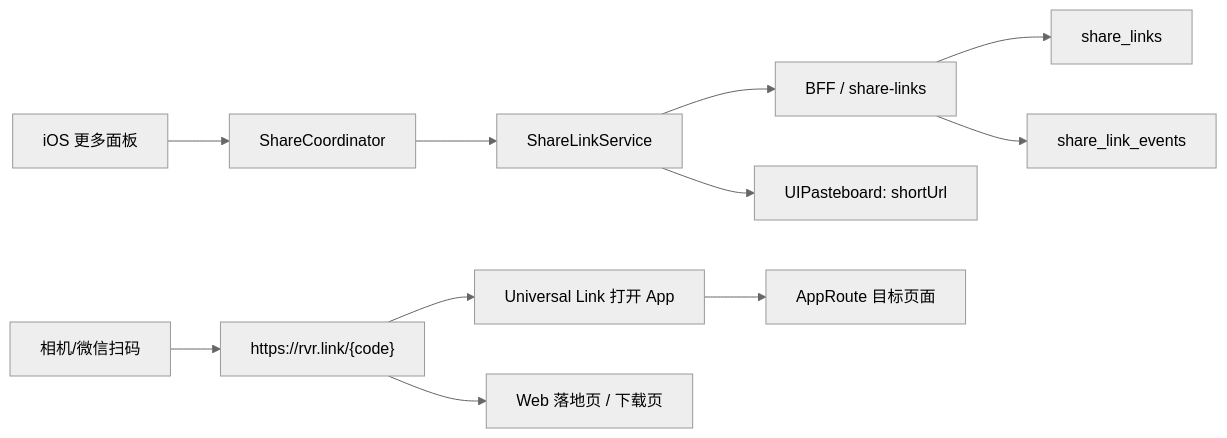
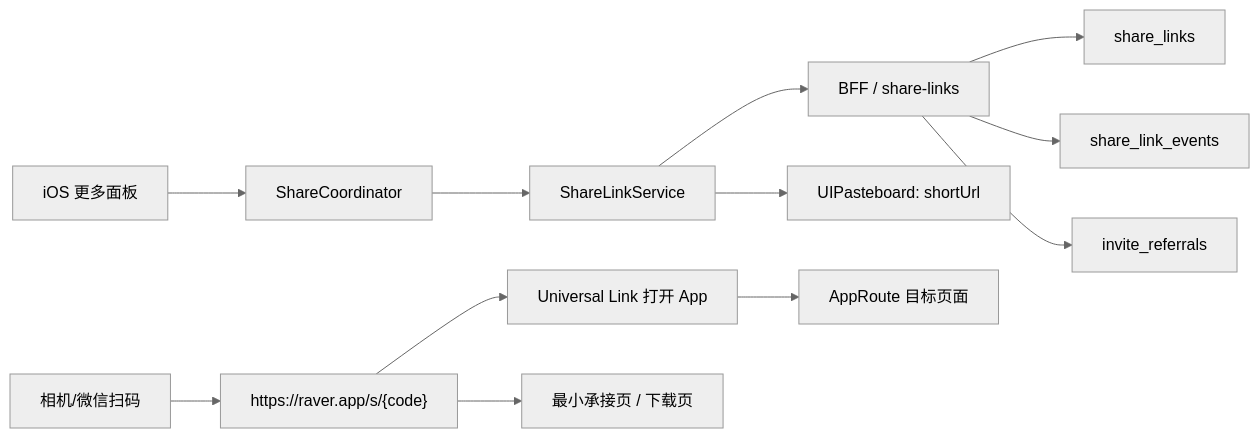
The diagram in docs/IOS_SHARE_SHORT_LINK_QR_SYSTEM_PLAN.md (BlackiePiggy/raver), drawn with Mermaid (neutral theme) before and after one commit. The commit also changed other lines of this file and 24 other files, not shown here.

````diff
--- a/docs/IOS_SHARE_SHORT_LINK_QR_SYSTEM_PLAN.md
+++ b/docs/IOS_SHARE_SHORT_LINK_QR_SYSTEM_PLAN.md
@@ -569,13 +715,14 @@
 ```mermaid
 flowchart LR
     A["iOS 更多面板"] --> B["ShareCoordinator"]
     B --> C["ShareLinkService"]
     C --> D["BFF / share-links"]
     D --> E["share_links"]
     D --> F["share_link_events"]
+    D --> M["invite_referrals"]
     C --> G["UIPasteboard: shortUrl"]
-    H["相机/微信扫码"] --> I["https://rvr.link/{code}"]
+    H["相机/微信扫码"] --> I["https://raver.app/s/{code}"]
     I --> J["Universal Link 打开 App"]
-    I --> K["Web 落地页 / 下载页"]
+    I --> K["最小承接页 / 下载页"]
     J --> L["AppRoute 目标页面"]
 ```
````
